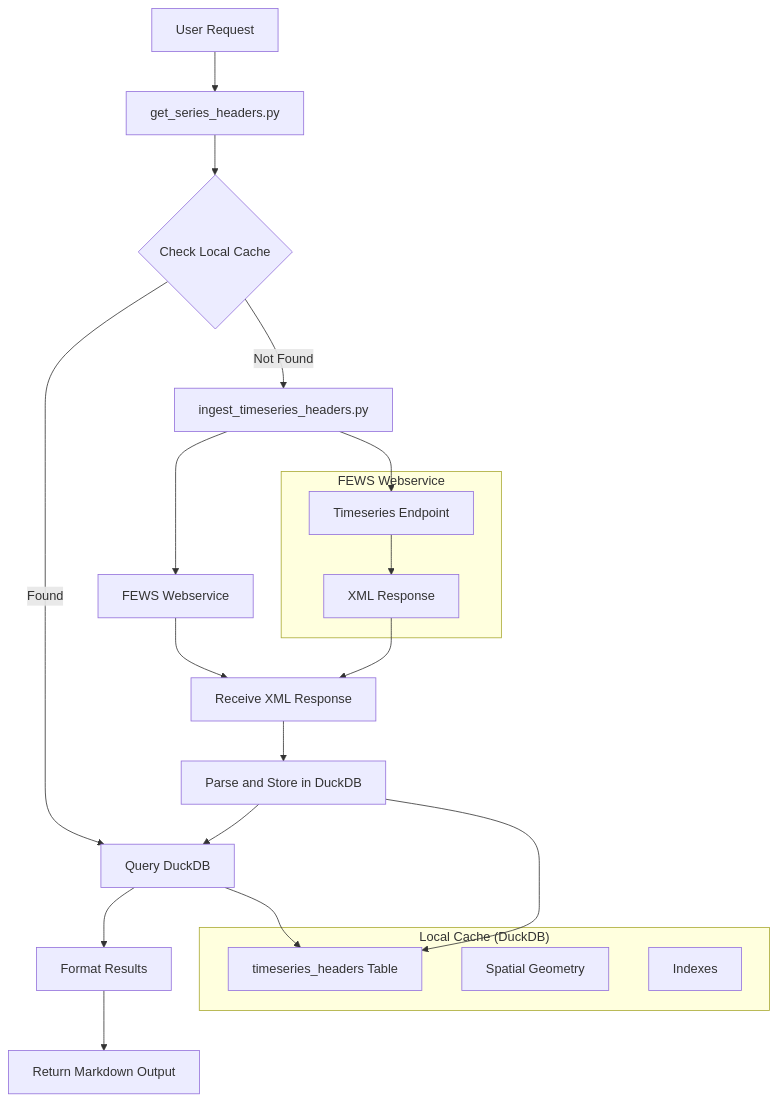
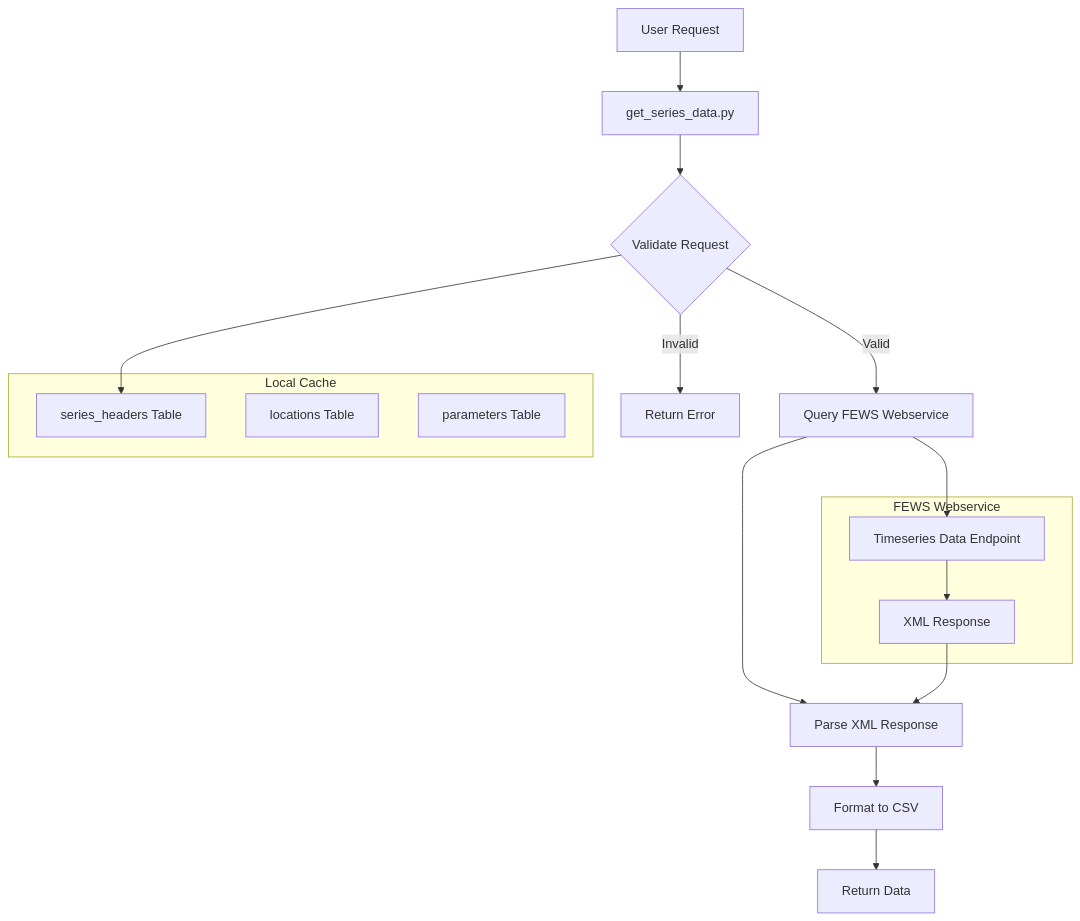
The diagram in PLAN.md (delta-agents/talk-with-fews), drawn with Mermaid before and after one commit. The commit also changed other lines of this file, not shown here.

Commit message:
get-series-plan

````diff
--- a/PLAN.md
+++ b/PLAN.md
@@ -9,30 +9,26 @@
 ```mermaid
 graph TD
-    A[User Request] --> B[get_series_headers.py]
-    B --> C{Check Local Cache}
-    C -->|Found| D[Query DuckDB]
-    C -->|Not Found| E[ingest_timeseries_headers.py]
-    E --> F[FEWS Webservice]
-    F --> G[Receive XML Response]
-    G --> H[Parse and Store in DuckDB]
-    H --> D
-    D --> I[Format Results]
-    I --> J[Return Markdown Output]
+    A[User Request] --> B[get_series_data.py]
+    B --> C{Validate Request}
+    C -->|Valid| D[Query FEWS Webservice]
+    C -->|Invalid| E[Return Error]
+    D --> F[Parse XML Response]
+    F --> G[Format to CSV]
+    G --> H[Return Data]
 
-    subgraph "Local Cache (DuckDB)"
-        K[timeseries_headers Table]
-        L[Spatial Geometry]
-        M[Indexes]
+    subgraph "Local Cache"
+        I[series_headers Table]
+        J[locations Table]
+        K[parameters Table]
     end
 
     subgraph "FEWS Webservice"
-        N[Timeseries Endpoint]
-        O[XML Response]
+        L[Timeseries Data Endpoint]
+        M[XML Response]
     end
 
-    D --> K
-    H --> K
-    E --> N
-    N --> O
-    O --> G
+    C --> I
+    D --> L
+    L --> M
+    M --> F
 ```
````
